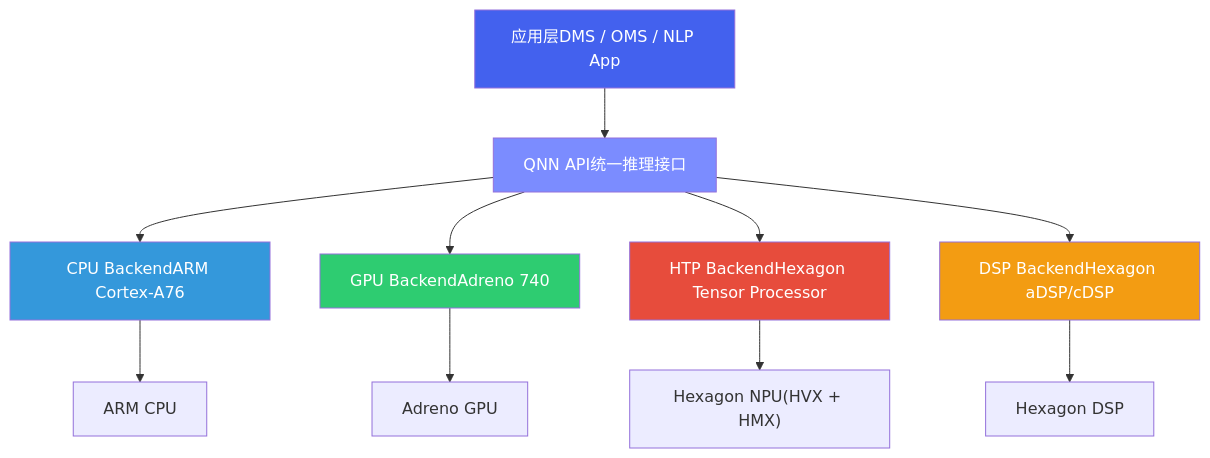
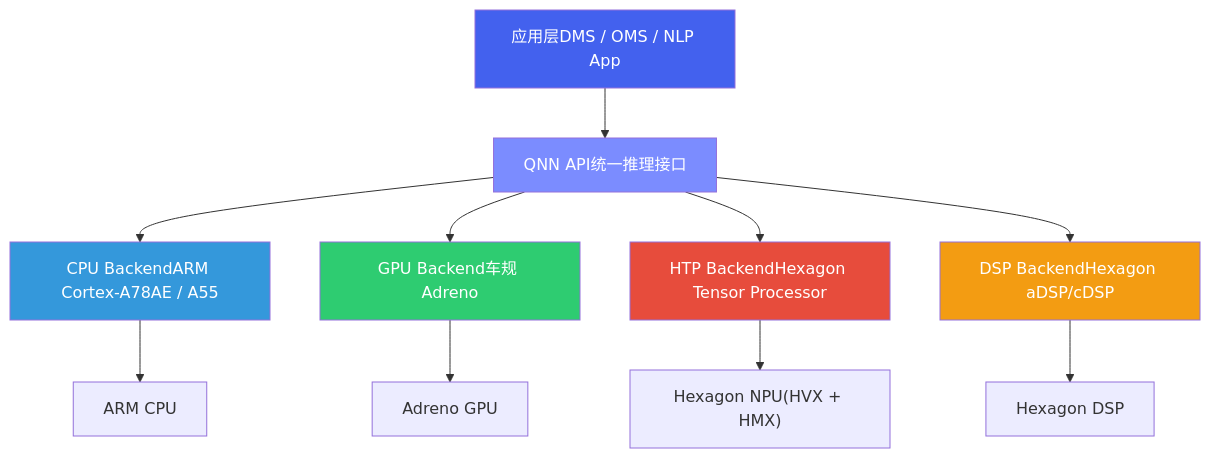
The first of 9 diagrams in cockpit/projects/agent-framework/deploy.md (ranpin/edge-ai-docs), drawn with Mermaid before and after one commit. The commit also changed other lines of this file and 1 other file, not shown here.

````diff
--- a/cockpit/projects/agent-framework/deploy.md
+++ b/cockpit/projects/agent-framework/deploy.md
@@ -24,19 +24,19 @@
 ```mermaid
 flowchart TB
     A["应用层DMS / OMS / NLP App"] --> B["QNN API统一推理接口"]
-    B --> C1["CPU BackendARM Cortex-A76"]
-    B --> C2["GPU BackendAdreno 740"]
+    B --> C1["CPU BackendARM Cortex-A78AE / A55"]
+    B --> C2["GPU Backend车规 Adreno"]
     B --> C3["HTP BackendHexagon Tensor Processor"]
     B --> C4["DSP BackendHexagon aDSP/cDSP"]
     C1 --> D1["ARM CPU"]
     C2 --> D2["Adreno GPU"]
     C3 --> D3["Hexagon NPU(HVX + HMX)"]
     C4 --> D4["Hexagon DSP"]
 
     style A fill:#4361ee,color:#fff
     style B fill:#7b8cff,color:#fff
     style C1 fill:#3498db,color:#fff
     style C2 fill:#2ecc71,color:#fff
     style C3 fill:#e74c3c,color:#fff
     style C4 fill:#f39c12,color:#fff
 ```
````
